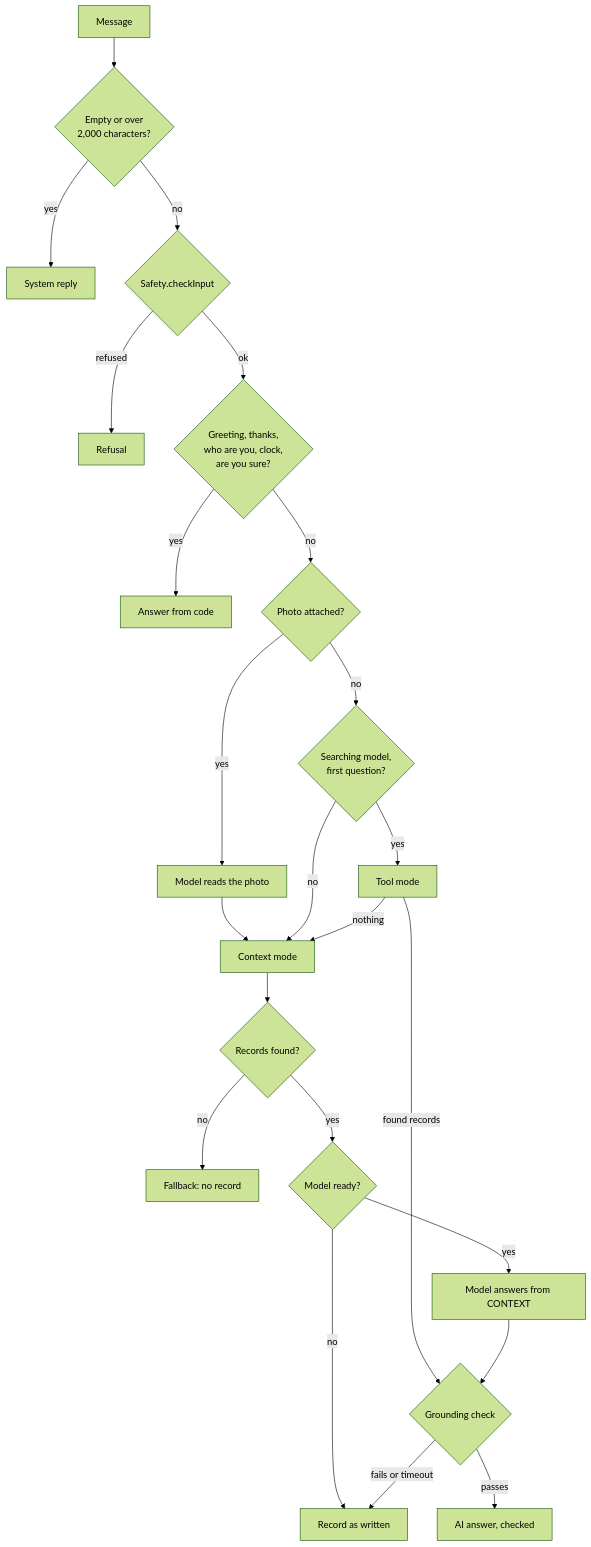
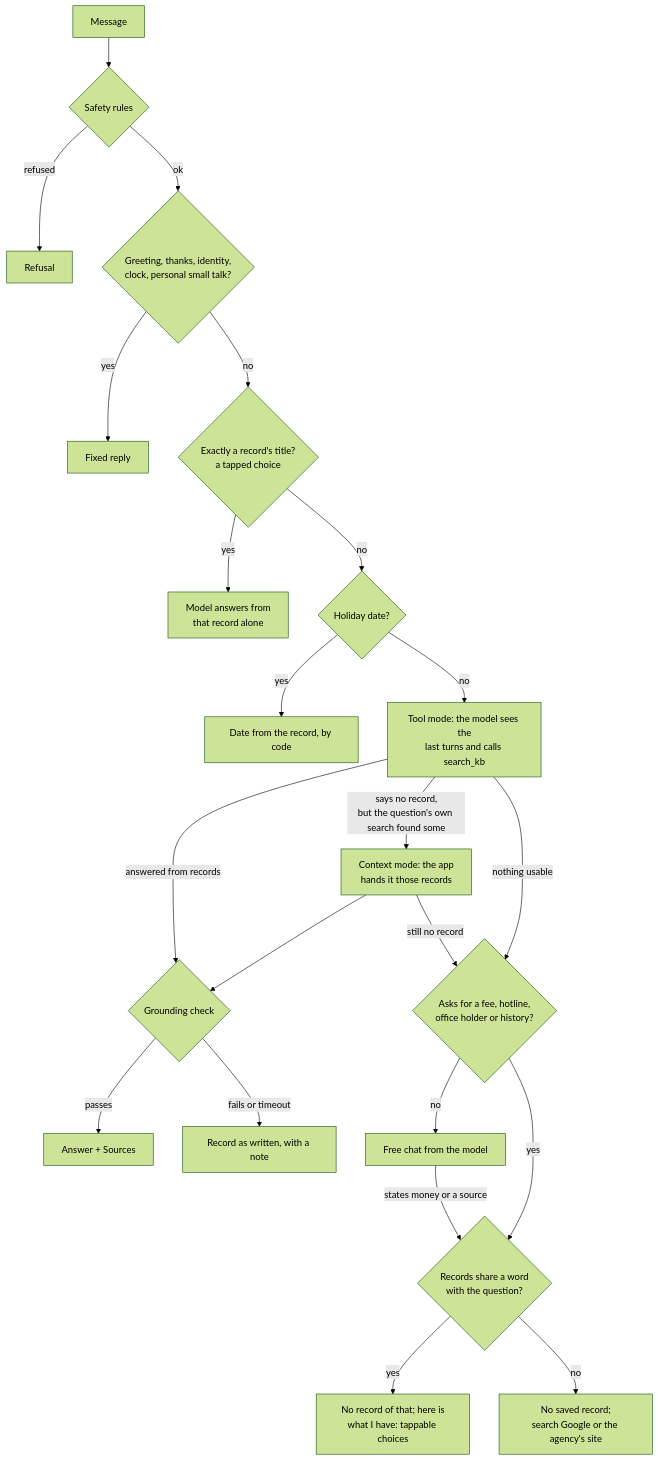
One commit to mr-jones123/kuya-j changed the diagram in docs/answering.md. Above: the diagram before and after it, drawn with Mermaid (forest theme). The commit also changed other lines of this file and 28 other files, not shown here.

````diff
--- a/docs/answering.md
+++ b/docs/answering.md
@@ -7,18 +10,20 @@
 ```mermaid
 flowchart TD
-    IN[Message] --> LEN{Empty or over<br/>2,000 characters?} -- yes --> SYS[System reply]
-    LEN -- no --> SAFE{Safety.checkInput} -- refused --> REF[Refusal]
-    SAFE -- ok --> FIXED{Greeting, thanks,<br/>who are you, clock,<br/>are you sure?} -- yes --> CODE[Answer from code]
-    FIXED -- no --> PHOTO{Photo attached?} -- yes --> READ[Model reads the photo]
-    PHOTO -- no --> TOOL
-    READ --> CTX
-    TOOL{Searching model,<br/>first question?} -- yes --> TA[Tool mode]
-    TOOL -- no --> CTX[Context mode]
-    TA -- found records --> CHECK
-    TA -- nothing --> CTX
-    CTX --> SEARCH{Records found?} -- no --> FALL[Fallback: no record]
-    SEARCH -- yes --> MODEL{Model ready?} -- no --> REC[Record as written]
-    MODEL -- yes --> GEN[Model answers from CONTEXT] --> CHECK{Grounding check}
-    CHECK -- passes --> AI[AI answer, checked]
-    CHECK -- fails or timeout --> REC
+    IN[Message] --> SAFE{Safety rules} -- refused --> REF[Refusal]
+    SAFE -- ok --> FIXED{Greeting, thanks, identity,<br/>clock, personal small talk?} -- yes --> CODE[Fixed reply]
+    FIXED -- no --> EXACT{Exactly a record's title?<br/>a tapped choice} -- yes --> ONE[Model answers from<br/>that record alone]
+    EXACT -- no --> HOL{Holiday date?} -- yes --> HCODE[Date from the record, by code]
+    HOL -- no --> TOOL[Tool mode: the model sees the<br/>last turns and calls search_kb]
+    TOOL -- answered from records --> CHECK{Grounding check}
+    TOOL -- says no record,<br/>but the question's own search found some --> CTX[Context mode: the app<br/>hands it those records]
+    CTX --> CHECK
+    CHECK -- passes --> AI[Answer + Sources]
+    CHECK -- fails or timeout --> REC[Record as written, with a note]
+    TOOL -- nothing usable --> NONE{Asks for a fee, hotline,<br/>office holder or history?}
+    CTX -- still no record --> NONE
+    NONE -- no --> CHAT[Free chat from the model]
+    NONE -- yes --> OFFER{Records share a word<br/>with the question?}
+    CHAT -- states money or a source --> OFFER
+    OFFER -- yes --> LIST[No record of that; here is<br/>what I have: tappable choices]
+    OFFER -- no --> FALL[No saved record;<br/>search Google or the agency's site]
 ```
````
